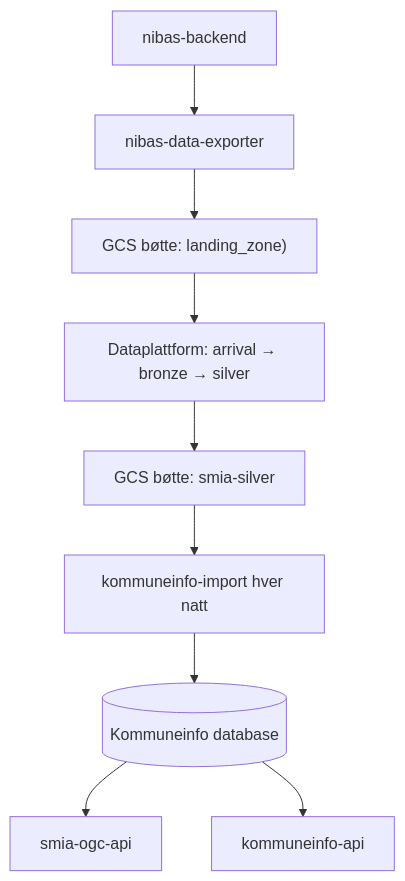
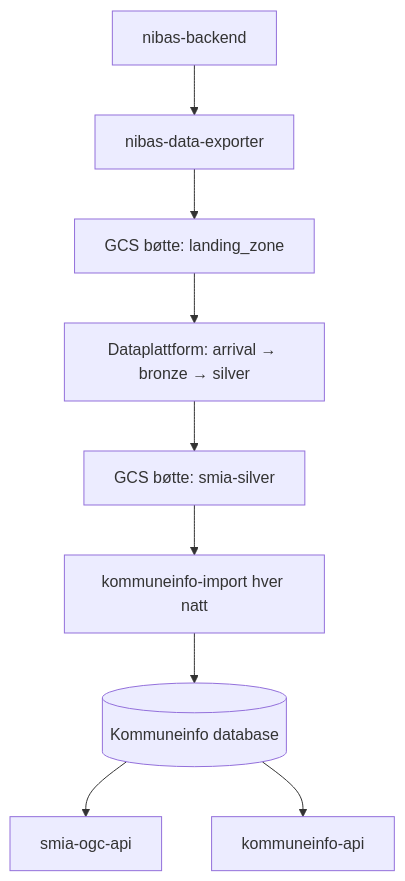
Before and after one commit to kartverket/smia-ogc-api: the diagram in docs/dataflyt.md, drawn with Mermaid. The commit also changed 2 other files, not shown here.

Commit message:
docs: Fix formatering

````diff
--- a/docs/dataflyt.md
+++ b/docs/dataflyt.md
@@ -7,21 +7,21 @@
 ```mermaid
 flowchart TD
     nibas["nibas-backend"]
     exporter["nibas-data-exporter"]
-    landing["GCS bøtte: landing_zone)"]
+    landing["GCS bøtte: landing_zone"]
     dp["Dataplattform: arrival → bronze → silver"]
     silver["GCS bøtte: smia-silver"]
     import["kommuneinfo-import hver natt"]
     db[("Kommuneinfo database")]
     ogc["smia-ogc-api"]
     kommuneinfo["kommuneinfo-api"]
 
     nibas --> exporter
     exporter --> landing
     landing --> dp
     dp --> silver
     silver --> import
     import --> db
     db --> ogc
     db --> kommuneinfo
 ```
````
